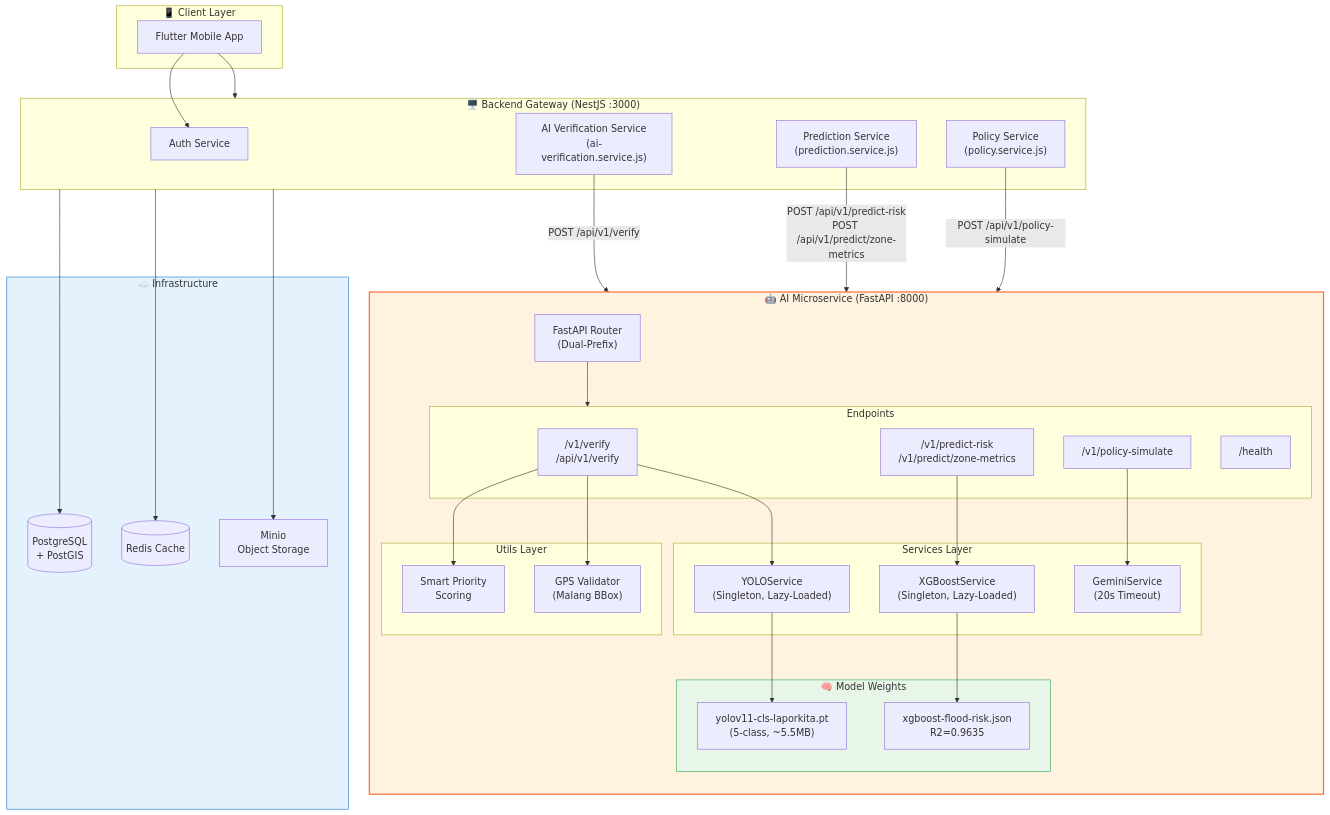
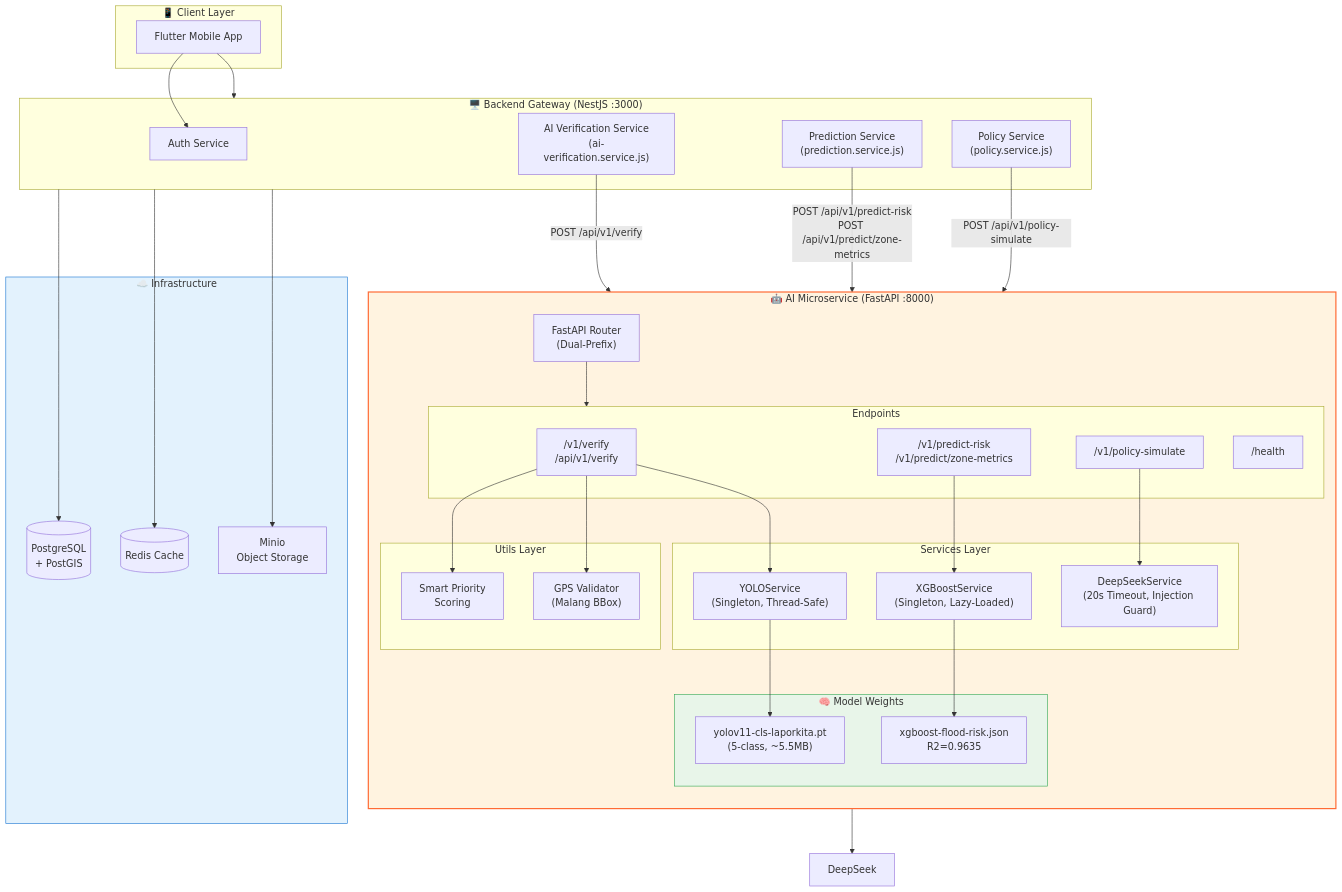
One commit to nabilkencana/AI-Service-LaporKita changed the second of 21 diagrams in README.md. Above: the diagram before and after it, drawn with Mermaid. The commit also changed other lines of this file and 57 other files, not shown here.

Commit message:
feat(ai-service): complete Round 2 fixes - 6-class YOLOv11 OOD guard, DeepSeek LLM, API Key auth, security & fail-closed policies

````diff
--- a/README.md
+++ b/README.md
@@ -95,71 +96,72 @@
 ```mermaid
 graph TB
     subgraph Client["📱 Client Layer"]
         Flutter["Flutter Mobile App"]
     end
 
     subgraph Gateway["🖥️ Backend Gateway (NestJS :3000)"]
         NestAuth["Auth Service"]
         NestAI["AI Verification Service\n(ai-verification.service.js)"]
         NestPred["Prediction Service\n(prediction.service.js)"]
         NestPolicy["Policy Service\n(policy.service.js)"]
     end
 
     subgraph AIService["🤖 AI Microservice (FastAPI :8000)"]
         direction TB
         Router["FastAPI Router\n(Dual-Prefix)"]
 
         subgraph Endpoints["Endpoints"]
             Verify["/v1/verify\n/api/v1/verify"]
             Risk["/v1/predict-risk\n/v1/predict/zone-metrics"]
             Policy["/v1/policy-simulate"]
             Health["/health"]
         end
 
         subgraph Services["Services Layer"]
-            YOLOSvc["YOLOService\n(Singleton, Lazy-Loaded)"]
+            YOLOSvc["YOLOService\n(Singleton, Thread-Safe)"]
             XGBSvc["XGBoostService\n(Singleton, Lazy-Loaded)"]
-            GeminiSvc["GeminiService\n(20s Timeout)"]
+            LLMSvc["DeepSeekService\n(20s Timeout, Injection Guard)"]
         end
 
         subgraph Utils["Utils Layer"]
             GPS["GPS Validator\n(Malang BBox)"]
             Scoring["Smart Priority\nScoring"]
         end
 
         subgraph Models["🧠 Model Weights"]
             YOLO["yolov11-cls-laporkita.pt\n(5-class, ~5.5MB)"]
             XGB["xgboost-flood-risk.json\nR2=0.9635"]
         end
     end
 
     subgraph Infra["☁️ Infrastructure"]
         PG[("PostgreSQL\n+ PostGIS")]
         Redis[("Redis Cache")]
         Minio["Minio\nObject Storage"]
     end
 
     Flutter --> NestAuth
     Flutter --> Gateway
     NestAI -->|"POST /api/v1/verify"| Verify
     NestPred -->|"POST /api/v1/predict-risk\nPOST /api/v1/predict/zone-metrics"| Risk
     NestPolicy -->|"POST /api/v1/policy-simulate"| Policy
 
     Router --> Endpoints
     Verify --> YOLOSvc
     Verify --> GPS
     Verify --> Scoring
     Risk --> XGBSvc
-    Policy --> GeminiSvc
+    Policy --> LLMSvc
 
     YOLOSvc --> YOLO
     XGBSvc --> XGB
+    LLMSvc --> DeepSeek
 
     Gateway --> PG
     Gateway --> Redis
     Gateway --> Minio
 
     style AIService fill:#FFF3E0,stroke:#FF6B35,stroke-width:2px
     style Models fill:#E8F5E9,stroke:#34A853
     style Infra fill:#E3F2FD,stroke:#1976D2
 ```
````
